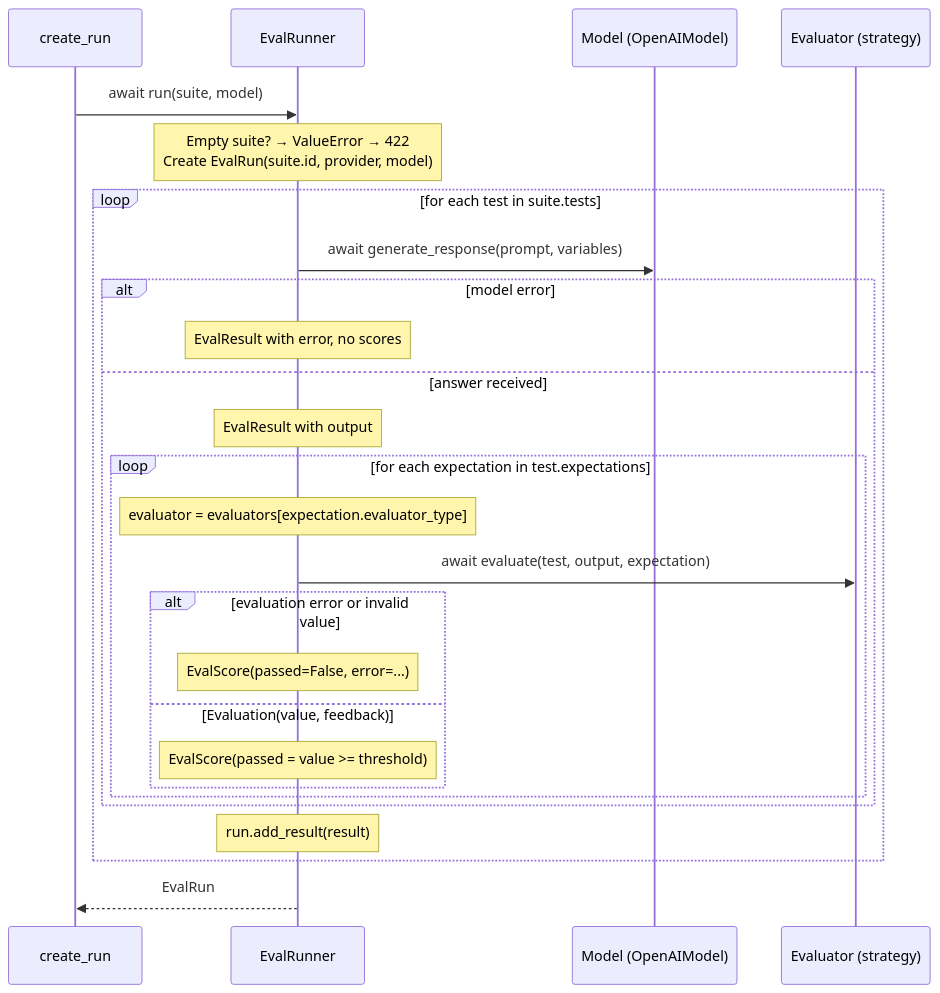
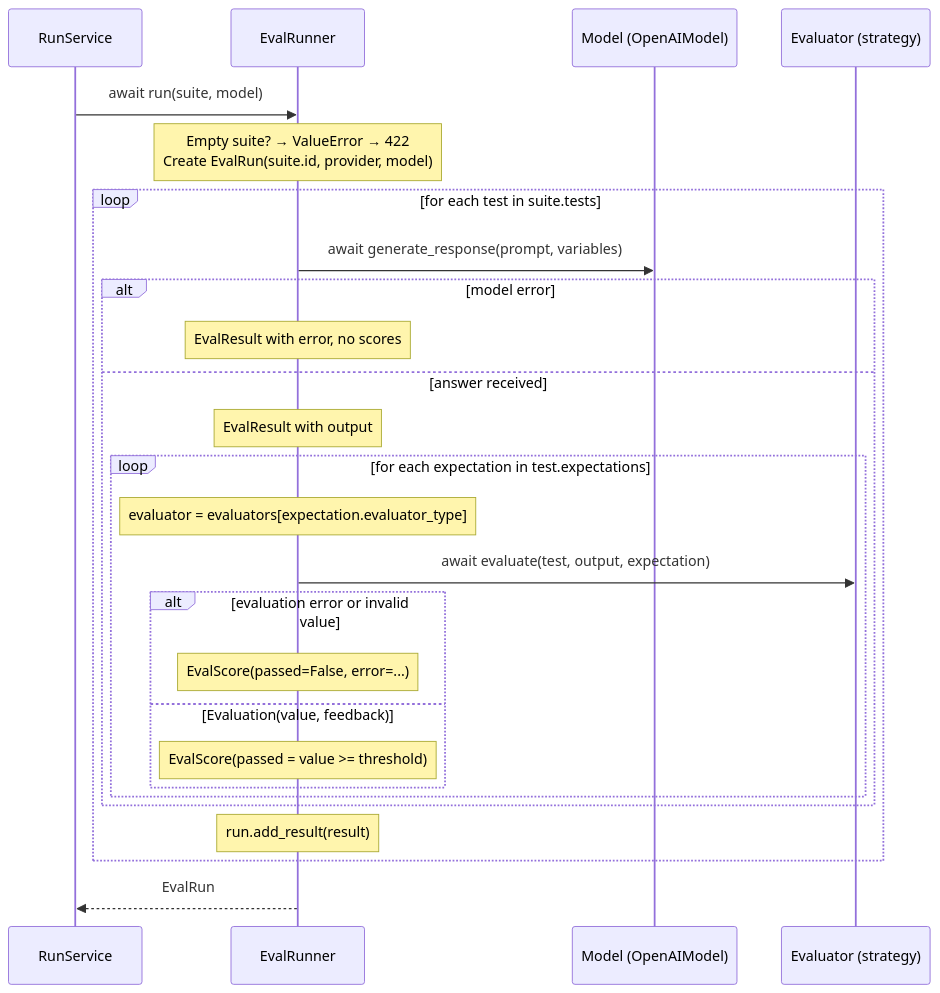
One commit to LucaPigo/smartest-ai-testbook changed the third of 4 diagrams in python/doc/05-execution-order.md. Above: the diagram before and after it, drawn with Mermaid. The commit also changed other lines of this file and 25 other files, not shown here.

````diff
--- a/python/doc/05-execution-order.md
+++ b/python/doc/05-execution-order.md
@@ -159,29 +174,29 @@
 ```mermaid
 sequenceDiagram
-    participant Route as create_run
+    participant Route as RunService
     participant Runner as EvalRunner
     participant Model as Model (OpenAIModel)
     participant Ev as Evaluator (strategy)
 
     Route->>Runner: await run(suite, model)
     Note over Runner: Empty suite? → ValueError → 422<br/>Create EvalRun(suite.id, provider, model)
     loop for each test in suite.tests
         Runner->>Model: await generate_response(prompt, variables)
         alt model error
             Note over Runner: EvalResult with error, no scores
         else answer received
             Note over Runner: EvalResult with output
             loop for each expectation in test.expectations
                 Note over Runner: evaluator = evaluators[expectation.evaluator_type]
                 Runner->>Ev: await evaluate(test, output, expectation)
                 alt evaluation error or invalid value
                     Note over Runner: EvalScore(passed=False, error=...)
                 else Evaluation(value, feedback)
                     Note over Runner: EvalScore(passed = value >= threshold)
                 end
             end
         end
         Note over Runner: run.add_result(result)
     end
     Runner-->>Route: EvalRun
 ```
````
